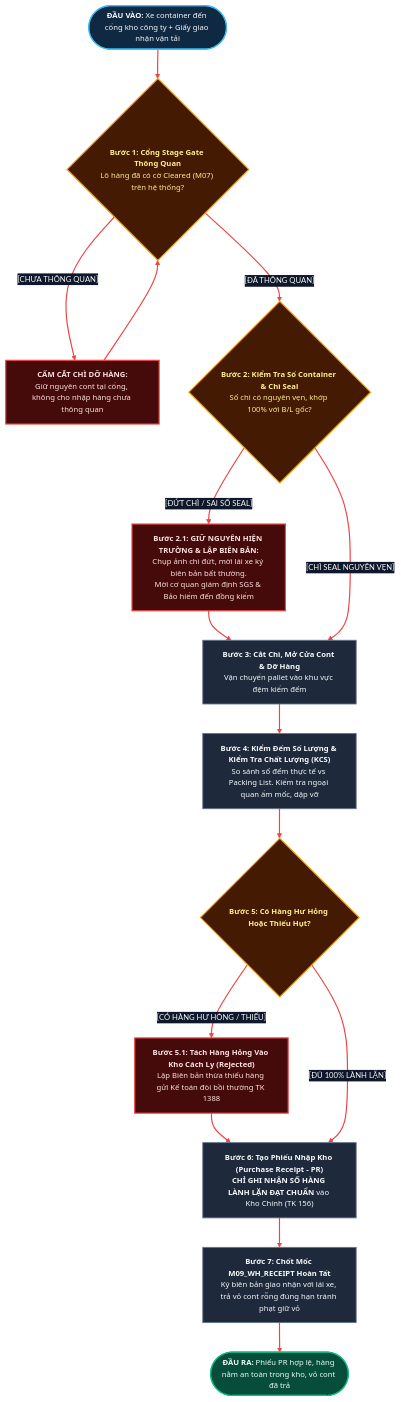
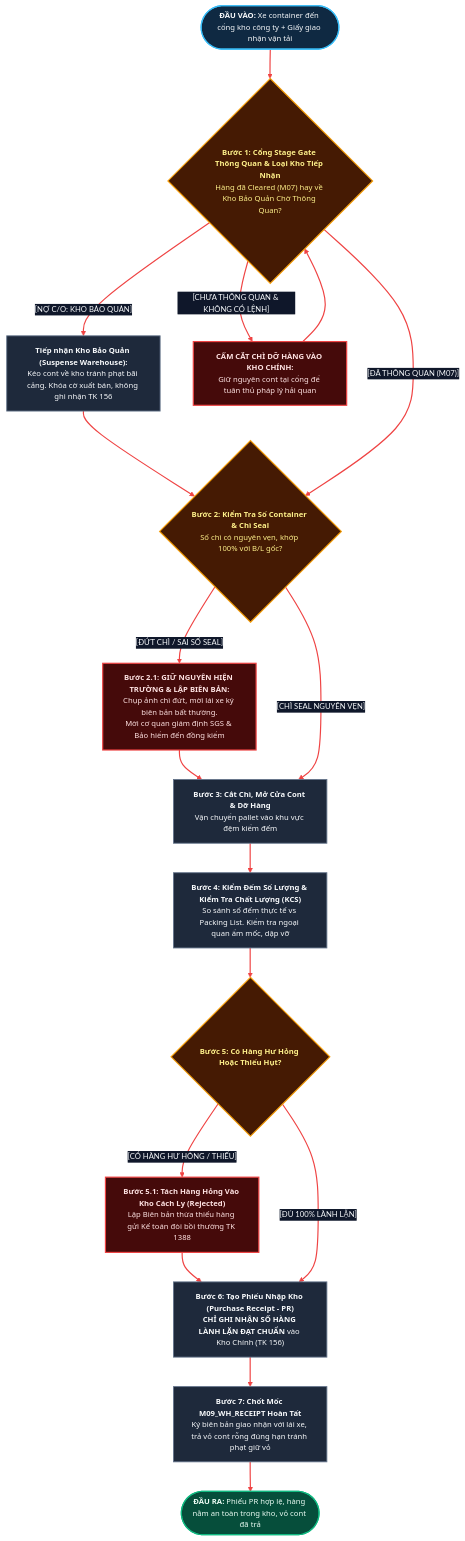
Before and after one commit to capkimkhanh2k5/Logistics_ERPNext_RAG: the seventh of 14 diagrams in LUONG_NGHIEP_VU_CAC_VAI_TRO_XUAT_NHAP_KHAU.md, drawn with Mermaid. The commit also changed other lines of this file and 3 other files, not shown here.

Commit message:
feat(critique-fix): implement full 13 expert critique points on architecture and workflows

````diff
--- a/LUONG_NGHIEP_VU_CAC_VAI_TRO_XUAT_NHAP_KHAU.md
+++ b/LUONG_NGHIEP_VU_CAC_VAI_TRO_XUAT_NHAP_KHAU.md
@@ -362,46 +402,45 @@
 ```mermaid
 %%{init: {
   'theme': 'base',
   'themeVariables': {
     'fontFamily': 'Segoe UI, Arial, sans-serif',
     'fontSize': '13px',
     'primaryColor': '#1E293B',
     'primaryTextColor': '#F8FAFC',
     'primaryBorderColor': '#EF4444',
     'lineColor': '#EF4444',
     'edgeLabelBackground': '#0F172A'
   }
 }}%%
 flowchart TD
     classDef default fill:#1E293B,stroke:#64748B,stroke-width:1.5px,color:#F8FAFC,font-family:Segoe UI,Arial,sans-serif;
     classDef decision fill:#451A03,stroke:#F59E0B,stroke-width:2px,color:#FEF08A,font-family:Segoe UI,Arial,sans-serif;
     classDef input fill:#0F2942,stroke:#38BDF8,stroke-width:2px,color:#F8FAFC,font-family:Segoe UI,Arial,sans-serif;
     classDef error fill:#450A0A,stroke:#EF4444,stroke-width:2px,color:#FEE2E2,font-family:Segoe UI,Arial,sans-serif;
     classDef success fill:#064E3B,stroke:#10B981,stroke-width:2px,color:#ECFDF5,font-family:Segoe UI,Arial,sans-serif;
 
     W_IN(["<b>ĐẦU VÀO:</b> Xe container đến cổng kho công ty + Giấy giao nhận vận tải"]):::input --> W1
-    W1{"<b>Bước 1: Cổng Stage Gate Thông Quan</b><br>Lô hàng đã có cờ Cleared (M07) trên hệ thống?"}:::decision
+    W1{"<b>Bước 1: Cổng Stage Gate Thông Quan & Loại Kho Tiếp Nhận</b><br>Hàng đã Cleared (M07) hay về Kho Bảo Quản Chờ Thông Quan?"}:::decision
     
-    W1 -- "[CHƯA THÔNG QUAN]" --> W_BLOCK["<b>CẤM CẮT CHÌ DỠ HÀNG:</b><br>Giữ nguyên cont tại cổng, không cho nhập hàng chưa thông quan"]:::error
-    W_BLOCK --> W1
-    
-    W1 -- "[ĐÃ THÔNG QUAN]" --> W2{"<b>Bước 2: Kiểm Tra Số Container & Chì Seal</b><br>Số chì có nguyên vẹn, khớp 100% với B/L gốc?"}:::decision
+    W1 -- "[NỢ C/O: KHO BẢO QUẢN]" --> W_SUSP["<b>Tiếp nhận Kho Bảo Quản (Suspense Warehouse):</b><br>Kéo cont về kho tránh phạt bãi cảng. Khóa cờ xuất bán, không ghi nhận TK 156"] --> W2
+    W1 -- "[CHƯA THÔNG QUAN & KHÔNG CÓ LỆNH]" --> W_BLOCK["<b>CẤM CẮT CHÌ DỠ HÀNG VÀO KHO CHÍNH:</b><br>Giữ nguyên cont tại cổng để tuân thủ pháp lý hải quan"]:::error --> W1
+    W1 -- "[ĐÃ THÔNG QUAN (M07)]" --> W2{"<b>Bước 2: Kiểm Tra Số Container & Chì Seal</b><br>Số chì có nguyên vẹn, khớp 100% với B/L gốc?"}:::decision
     
     W2 -- "[ĐỨT CHÌ / SAI SỐ SEAL]" --> W_SURVEY["<b>Bước 2.1: GIỮ NGUYÊN HIỆN TRƯỜNG & LẬP BIÊN BẢN:</b><br>Chụp ảnh chì đứt, mời lái xe ký biên bản bất thường.<br>Mời cơ quan giám định SGS & Bảo hiểm đến đồng kiểm"]:::error --> W3
     
     W2 -- "[CHÌ SEAL NGUYÊN VẸN]" --> W3["<b>Bước 3: Cắt Chì, Mở Cửa Cont & Dỡ Hàng</b><br>Vận chuyển pallet vào khu vực đệm kiểm đếm"] --> W4
     
     W4["<b>Bước 4: Kiểm Đếm Số Lượng & Kiểm Tra Chất Lượng (KCS)</b><br>So sánh số đếm thực tế vs Packing List. Kiểm tra ngoại quan ẩm mốc, dập vỡ"] --> W5
     
     W5{"<b>Bước 5: Có Hàng Hư Hỏng Hoặc Thiếu Hụt?</b>"}:::decision
     
     W5 -- "[CÓ HÀNG HƯ HỎNG / THIẾU]" --> W_SPLIT["<b>Bước 5.1: Tách Hàng Hỏng Vào Kho Cách Ly (Rejected)</b><br>Lập Biên bản thừa thiếu hàng gửi Kế toán đòi bồi thường TK 1388"]:::error --> W6
     
     W5 -- "[ĐỦ 100% LÀNH LẶN]" --> W6["<b>Bước 6: Tạo Phiếu Nhập Kho (Purchase Receipt - PR)</b><br><b>CHỈ GHI NHẬN SỐ HÀNG LÀNH LẶN ĐẠT CHUẨN</b> vào Kho Chính (TK 156)"] --> W7
     
     W7["<b>Bước 7: Chốt Mốc M09_WH_RECEIPT Hoàn Tất</b><br>Ký biên bản giao nhận với lái xe, trả vỏ cont rỗng đúng hạn tránh phạt giữ vỏ"] --> W_OUT
     
     W_OUT(["<b>ĐẦU RA:</b> Phiếu PR hợp lệ, hàng nằm an toàn trong kho, vỏ cont đã trả"]):::success
 
     linkStyle default stroke:#EF4444,stroke-width:2px;
 ```
````
